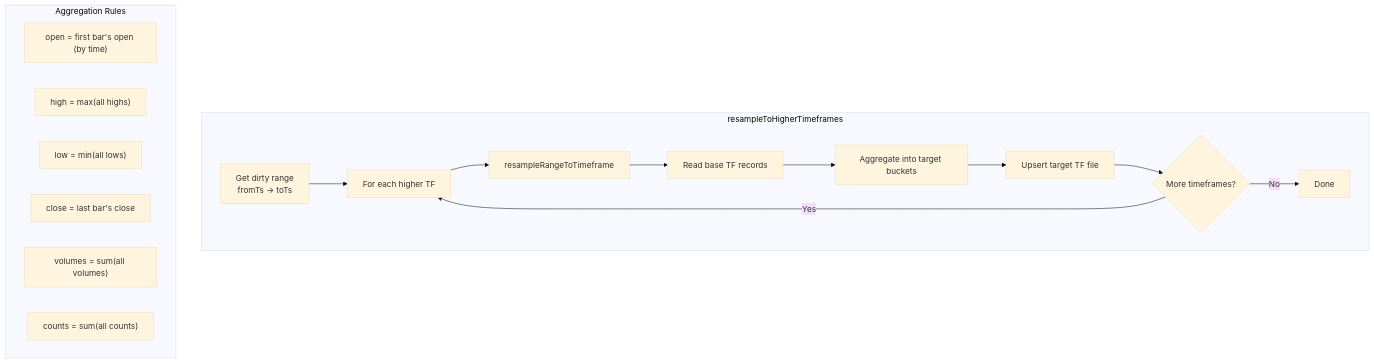
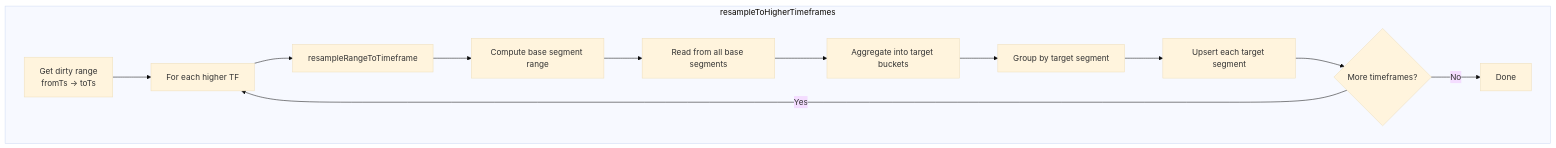
One commit to Tucsky/aggr-server changed the fourth of 5 diagrams in src/storage/binaries/README.md. Above: the diagram before and after it, drawn with Mermaid (base theme). The commit also changed other lines of this file and 8 other files, not shown here.

````diff
--- a/src/storage/binaries/README.md
+++ b/src/storage/binaries/README.md
@@ -135,22 +163,15 @@
 ```mermaid
 flowchart TD
     subgraph resample["resampleToHigherTimeframes"]
         R1[Get dirty range<br/>fromTs → toTs] --> R2[For each higher TF]
         R2 --> R3[resampleRangeToTimeframe]
-        R3 --> R4[Read base TF records]
-        R4 --> R5[Aggregate into target buckets]
-        R5 --> R6[Upsert target TF file]
-        R6 --> R7{More timeframes?}
-        R7 -->|Yes| R2
-        R7 -->|No| R8[Done]
-    end
-
-    subgraph aggregate["Aggregation Rules"]
-        A1["open = first bar's open (by time)"]
-        A2["high = max(all highs)"]
-        A3["low = min(all lows)"]
-        A4["close = last bar's close"]
-        A5["volumes = sum(all volumes)"]
-        A6["counts = sum(all counts)"]
+        R3 --> R4[Compute base segment range]
+        R4 --> R5[Read from all base segments]
+        R5 --> R6[Aggregate into target buckets]
+        R6 --> R7[Group by target segment]
+        R7 --> R8[Upsert each target segment]
+        R8 --> R9{More timeframes?}
+        R9 -->|Yes| R2
+        R9 -->|No| R10[Done]
     end
 ```
````
